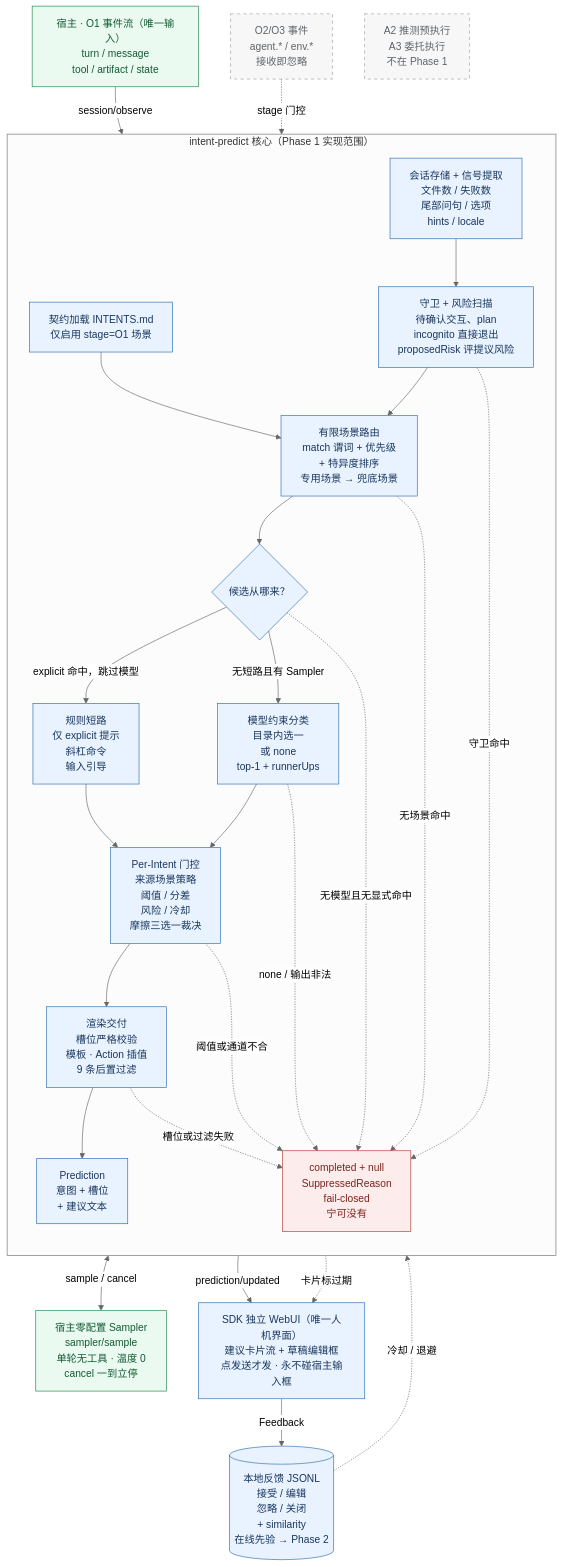
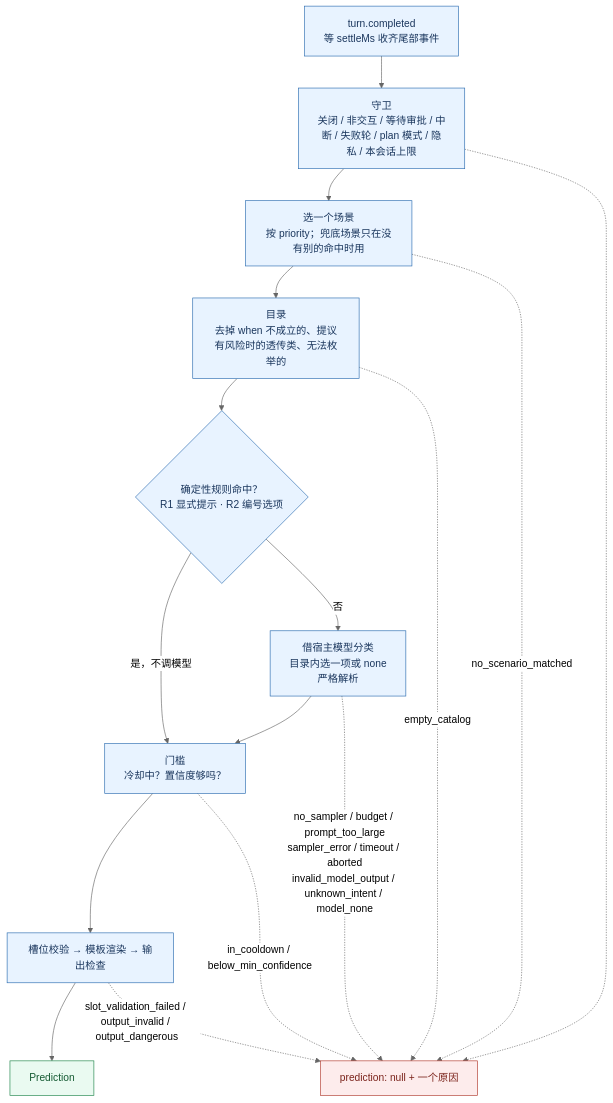
One commit to susyimes/intent-predict changed the second of 4 diagrams in docs/diagrams.md. Above: the diagram before and after it, drawn with Mermaid (neutral theme). The commit also changed other lines of this file and 21 other files, not shown here.

````diff
--- a/docs/diagrams.md
+++ b/docs/diagrams.md
@@ -30,49 +28,27 @@
 ```mermaid
 flowchart TB
-  classDef now fill:#e8f3ff,stroke:#2b6cb0,color:#1a365d
-  classDef future fill:#f7f7f7,stroke:#9aa0a6,color:#5f6368,stroke-dasharray: 5 5
+  classDef step fill:#e8f3ff,stroke:#2b6cb0,color:#1a365d
   classDef stop fill:#fdecec,stroke:#b03a2e,color:#7b241c
-  classDef host fill:#eafaf1,stroke:#1e8449,color:#145a32
+  classDef done fill:#eafaf1,stroke:#1e8449,color:#145a32
 
-  EV["宿主 · O1 事件流（唯一输入）<br/>turn / message<br/>tool / artifact / state"]:::host
-  XB["O2/O3 事件<br/>agent.* / env.*<br/>接收即忽略"]:::future
+  T["turn.completed<br/>等 settleMs 收齐尾部事件"]:::step
+  G["守卫<br/>关闭 / 非交互 / 等待审批 / 中断 / 失败轮 / plan 模式 / 隐私 / 本会话上限"]:::step
+  R["选一个场景<br/>按 priority；兜底场景只在没有别的命中时用"]:::step
+  K["目录<br/>去掉 when 不成立的、提议有风险时的透传类、无法枚举的"]:::step
+  D{"确定性规则命中？<br/>R1 显式提示 · R2 编号选项"}:::step
+  M["借宿主模型分类<br/>目录内选一项或 none<br/>严格解析"]:::step
+  Q["门槛<br/>冷却中？置信度够吗？"]:::step
+  W["槽位校验 → 模板渲染 → 输出检查"]:::step
+  P["Prediction"]:::done
+  X["prediction: null + 一个原因"]:::stop
 
-  subgraph Core["intent-predict 核心（Phase 1 实现范围）"]
-    direction TB
-    LD["契约加载 INTENTS.md<br/>仅启用 stage=O1 场景"]:::now
-    SS["会话存储 + 信号提取<br/>文件数 / 失败数<br/>尾部问句 / 选项<br/>hints / locale"]:::now
-    GD["守卫 + 风险扫描<br/>待确认交互、plan<br/>incognito 直接退出<br/>proposedRisk 评提议风险"]:::now
-    RT["有限场景路由<br/>match 谓词 + 优先级<br/>+ 特异度排序<br/>专用场景 → 兜底场景"]:::now
-    CD{"候选从哪来？"}:::now
-    RL["规则短路<br/>仅 explicit 提示<br/>斜杠命令<br/>输入引导"]:::now
-    MD["模型约束分类<br/>目录内选一<br/>或 none<br/>top-1 + runnerUps"]:::now
-    GT["Per-Intent 门控<br/>来源场景策略<br/>阈值 / 分差<br/>风险 / 冷却<br/>摩擦三选一裁决"]:::now
-    RD["渲染交付<br/>槽位严格校验<br/>模板 · Action 插值<br/>9 条后置过滤"]:::now
-    PD["Prediction<br/>意图 + 槽位<br/>+ 建议文本"]:::now
-    NX["completed + null<br/>SuppressedReason<br/>fail-closed<br/>宁可没有"]:::stop
-    LD --> RT
-    SS --> GD --> RT --> CD
-    CD -->|"explicit 命中，跳过模型"| RL --> GT
-    CD -->|"无短路且有 Sampler"| MD --> GT
-    CD -.->|"无模型且无显式命中"| NX
-    GT --> RD --> PD
-    GD -.->|"守卫命中"| NX
-    RT -.->|"无场景命中"| NX
-    MD -.->|"none / 输出非法"| NX
-    GT -.->|"阈值或通道不合"| NX
-    RD -.->|"槽位或过滤失败"| NX
-  end
-
-  SM["宿主零配置 Sampler<br/>sampler/sample<br/>单轮无工具 · 温度 0<br/>cancel 一到立停"]:::host
-  UI["SDK 独立 WebUI（唯一人机界面）<br/>建议卡片流 + 草稿编辑框<br/>点发送才发 · 永不碰宿主输入框"]:::now
-  FB[("本地反馈 JSONL<br/>接受 / 编辑<br/>忽略 / 关闭<br/>+ similarity<br/>在线先验 → Phase 2")]:::now
-  AG["A2 推测预执行<br/>A3 委托执行<br/>不在 Phase 1"]:::future
-
-  EV -->|"session/observe"| SS
-  XB -.->|"stage 门控"| SS
-  MD <-->|"sample / cancel"| SM
-  PD -->|"prediction/updated"| UI
-  NX -.->|"卡片标过期"| UI
-  UI -->|"Feedback"| FB
-  FB -.->|"冷却 / 退避"| GT
+  T --> G --> R --> K --> D
+  D -->|"是，不调模型"| Q
+  D -->|"否"| M --> Q --> W --> P
+  G -.-> X
+  R -.->|"no_scenario_matched"| X
+  K -.->|"empty_catalog"| X
+  M -.->|"no_sampler / budget / prompt_too_large<br/>sampler_error / timeout / aborted<br/>invalid_model_output / unknown_intent / model_none"| X
+  Q -.->|"in_cooldown / below_min_confidence"| X
+  W -.->|"slot_validation_failed / output_invalid / output_dangerous"| X
 ```
````
